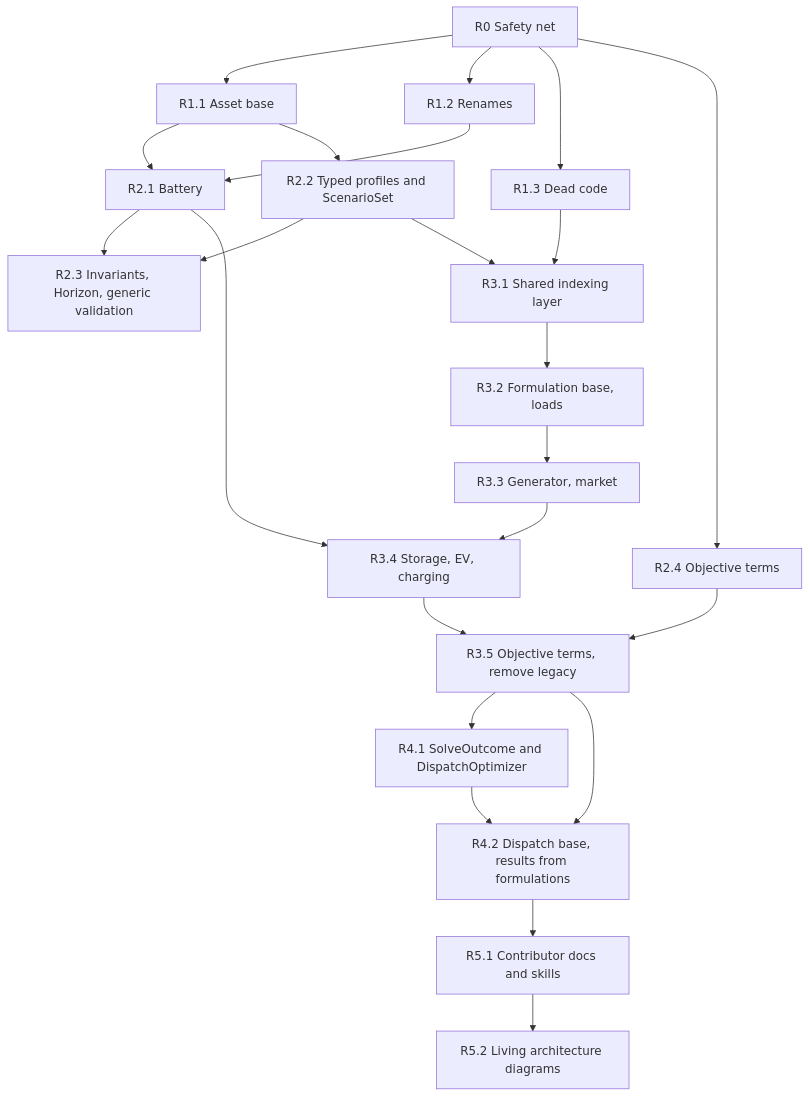
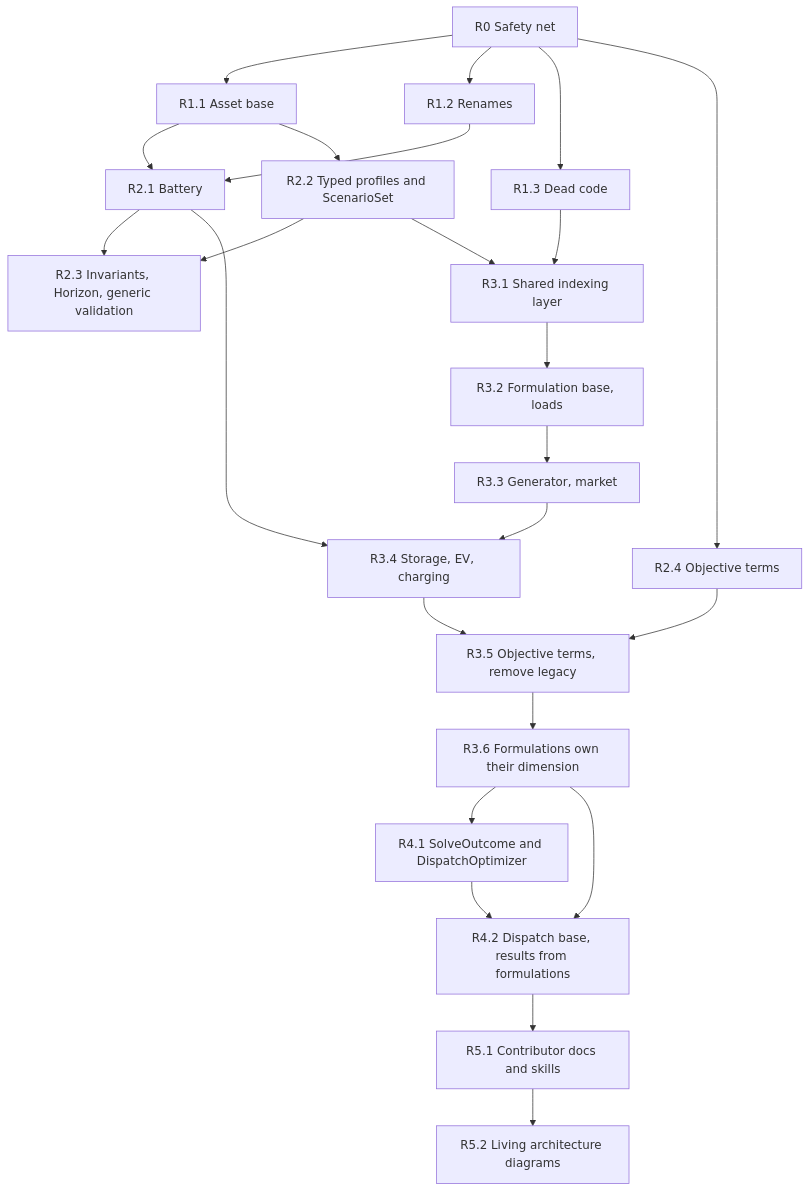
Before and after one commit to ramirocrc/odys: the diagram in docs/architecture/roadmap.md, drawn with Mermaid. The commit also changed other lines of this file and 85 other files, not shown here.

````diff
--- a/docs/architecture/roadmap.md
+++ b/docs/architecture/roadmap.md
@@ -15,25 +15,26 @@
 ```mermaid
 flowchart TD
     R0[R0 Safety net] --> R1a[R1.1 Asset base]
     R0 --> R1b[R1.2 Renames]
     R0 --> R1c[R1.3 Dead code]
     R1a --> R2a[R2.1 Battery]
     R1b --> R2a
     R1a --> R2b[R2.2 Typed profiles and ScenarioSet]
     R2b --> R2c[R2.3 Invariants, Horizon, generic validation]
     R2a --> R2c
     R0 --> R2d[R2.4 Objective terms]
     R1c --> R3a[R3.1 Shared indexing layer]
     R2b --> R3a
     R3a --> R3b[R3.2 Formulation base, loads]
     R3b --> R3c[R3.3 Generator, market]
     R2a --> R3d[R3.4 Storage, EV, charging]
     R3c --> R3d
     R2d --> R3e[R3.5 Objective terms, remove legacy]
     R3d --> R3e
-    R3e --> R4a[R4.1 SolveOutcome and DispatchOptimizer]
-    R3e --> R4b[R4.2 Dispatch base, results from formulations]
+    R3e --> R3f[R3.6 Formulations own their dimension]
+    R3f --> R4a[R4.1 SolveOutcome and DispatchOptimizer]
+    R3f --> R4b[R4.2 Dispatch base, results from formulations]
     R4a --> R4b
     R4b --> R5a[R5.1 Contributor docs and skills]
     R5a --> R5b[R5.2 Living architecture diagrams]
 ```
````
